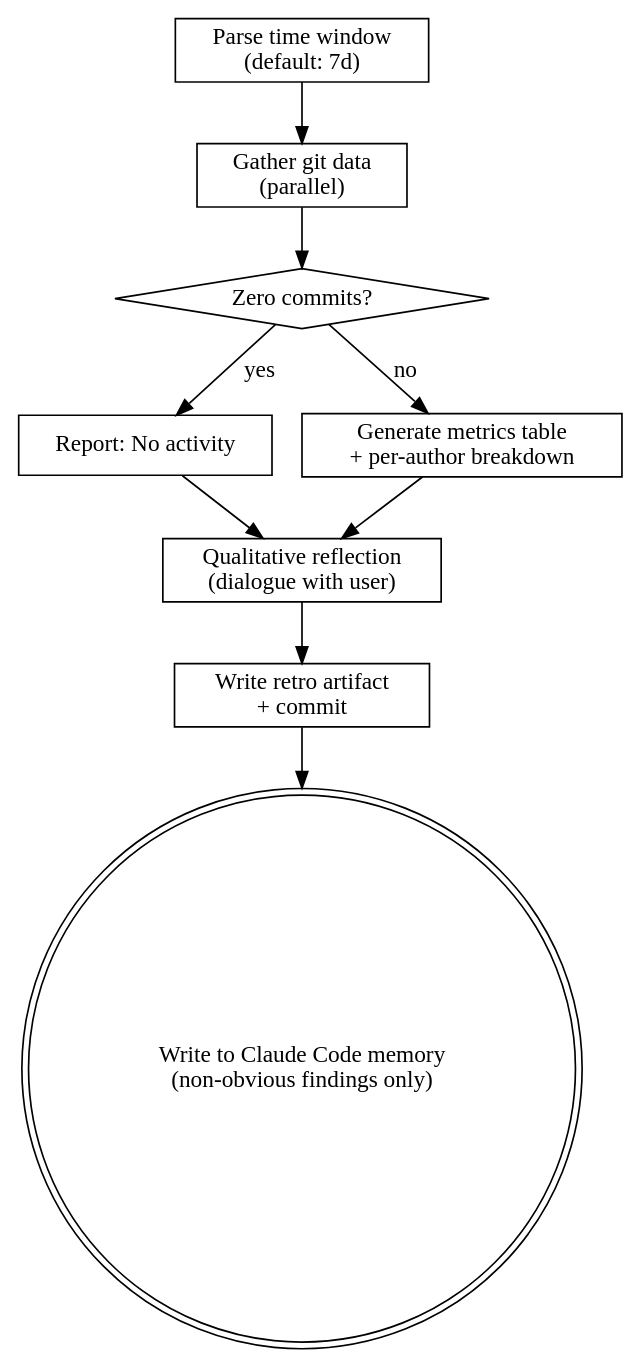
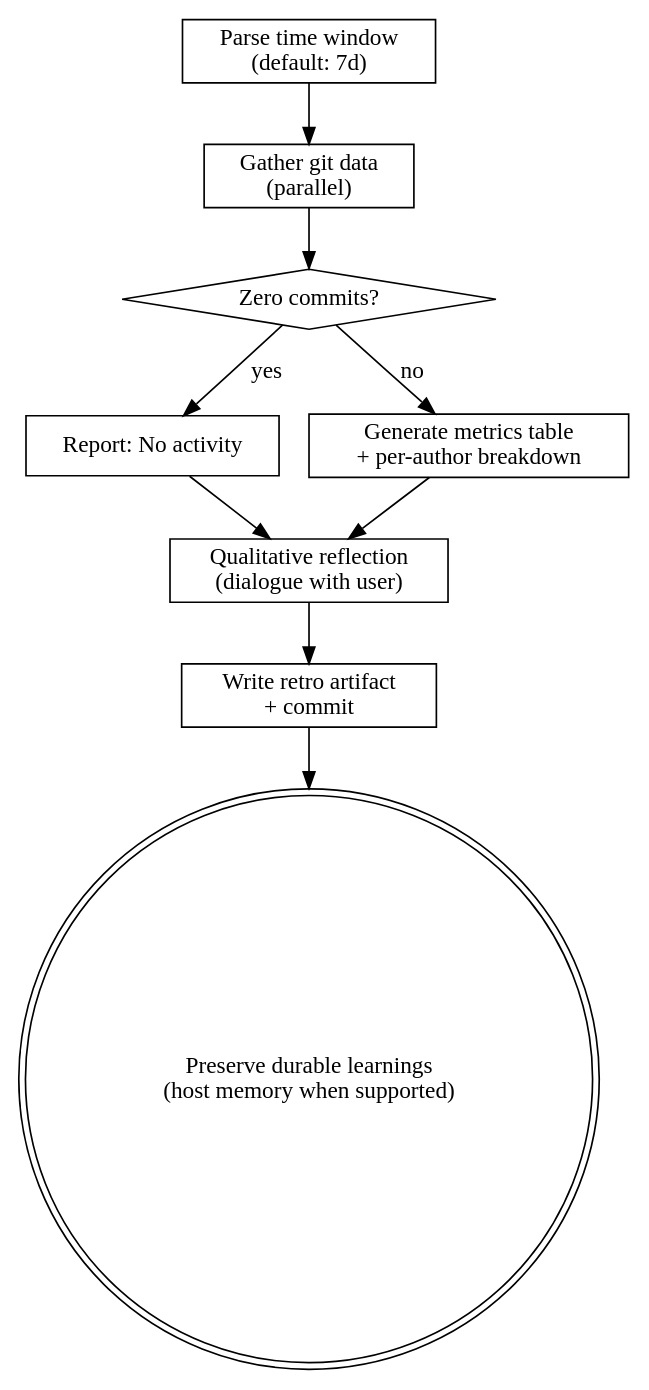
Before and after one commit to knotmark-ai/devmuse: the diagram in plugin/skills/mu-retro/SKILL.md, drawn with Graphviz. The commit also changed other lines of this file and 125 other files, not shown here.

````diff
--- a/plugin/skills/mu-retro/SKILL.md
+++ b/plugin/skills/mu-retro/SKILL.md
@@ -15,21 +15,21 @@
 ```dot
 digraph mu_retro {
     "Parse time window\n(default: 7d)" [shape=box];
     "Gather git data\n(parallel)" [shape=box];
     "Zero commits?" [shape=diamond];
     "Report: No activity" [shape=box];
     "Generate metrics table\n+ per-author breakdown" [shape=box];
     "Qualitative reflection\n(dialogue with user)" [shape=box];
     "Write retro artifact\n+ commit" [shape=box];
-    "Write to Claude Code memory\n(non-obvious findings only)" [shape=doublecircle];
+    "Preserve durable learnings\n(host memory when supported)" [shape=doublecircle];
 
     "Parse time window\n(default: 7d)" -> "Gather git data\n(parallel)";
     "Gather git data\n(parallel)" -> "Zero commits?";
     "Zero commits?" -> "Report: No activity" [label="yes"];
     "Zero commits?" -> "Generate metrics table\n+ per-author breakdown" [label="no"];
     "Report: No activity" -> "Qualitative reflection\n(dialogue with user)";
     "Generate metrics table\n+ per-author breakdown" -> "Qualitative reflection\n(dialogue with user)";
     "Qualitative reflection\n(dialogue with user)" -> "Write retro artifact\n+ commit";
-    "Write retro artifact\n+ commit" -> "Write to Claude Code memory\n(non-obvious findings only)";
+    "Write retro artifact\n+ commit" -> "Preserve durable learnings\n(host memory when supported)";
 }
 ```
````
